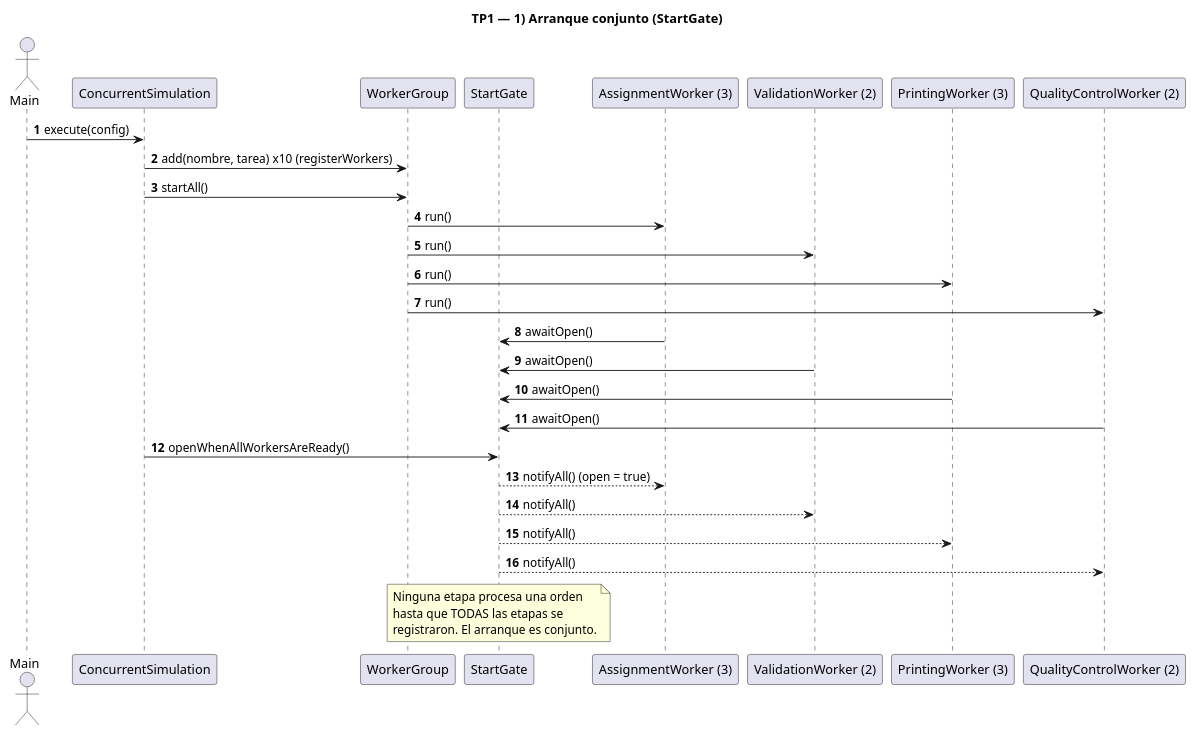
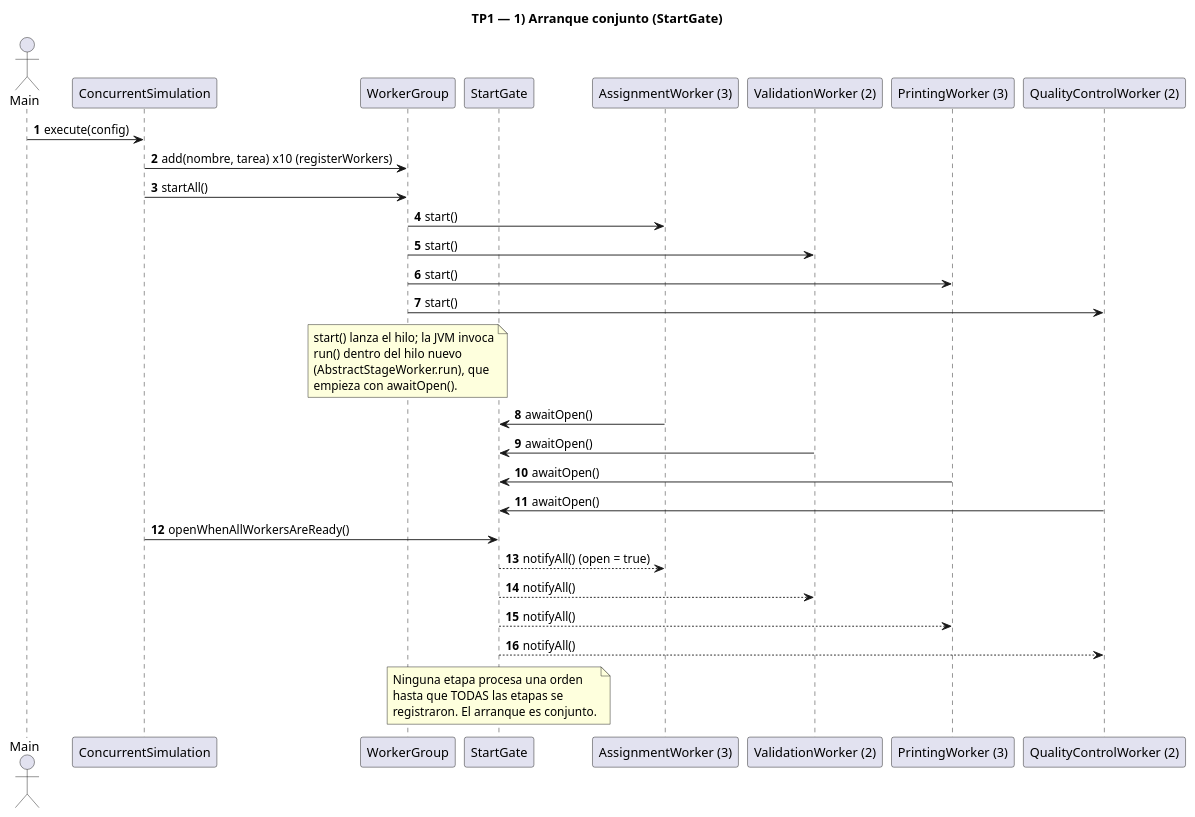
Before and after one commit to ValentinoZucchellaPaz/tp1-pcyp-2026: the diagram in docs/diagramasSimples/diagrama-secuencia-1-arranque.puml, drawn with PlantUML. The commit also changed 1 other file, not shown here.

Commit message:
docs: usar start() en el diagrama de arranque y aclarar start/run

```diff
--- a/docs/diagramasSimples/diagrama-secuencia-1-arranque.puml
+++ b/docs/diagramasSimples/diagrama-secuencia-1-arranque.puml
@@ -1,39 +1,46 @@
 @startuml diagrama-secuencia-1-arranque
 title TP1 — 1) Arranque conjunto (StartGate)
 autonumber
 
 actor Main
 participant ConcurrentSimulation as CS
 participant WorkerGroup as WG
 participant StartGate as SG
 participant "AssignmentWorker (3)" as AW
 participant "ValidationWorker (2)" as VW
 participant "PrintingWorker (3)" as PW
 participant "QualityControlWorker (2)" as QW
 
 Main -> CS : execute(config)
 CS -> WG : add(nombre, tarea) x10 (registerWorkers)
 CS -> WG : startAll()
-WG -> AW : run()
-WG -> VW : run()
-WG -> PW : run()
-WG -> QW : run()
+WG -> AW : start()
+WG -> VW : start()
+WG -> PW : start()
+WG -> QW : start()
+
+note over WG
+  start() lanza el hilo; la JVM invoca
+  run() dentro del hilo nuevo
+  (AbstractStageWorker.run), que
+  empieza con awaitOpen().
+end note
 
 AW -> SG : awaitOpen()
 VW -> SG : awaitOpen()
 PW -> SG : awaitOpen()
 QW -> SG : awaitOpen()
 
 CS -> SG : openWhenAllWorkersAreReady()
 SG --> AW : notifyAll() (open = true)
 SG --> VW : notifyAll()
 SG --> PW : notifyAll()
 SG --> QW : notifyAll()
 
 note over SG
   Ninguna etapa procesa una orden
   hasta que TODAS las etapas se
   registraron. El arranque es conjunto.
 end note
 
 @enduml
```
